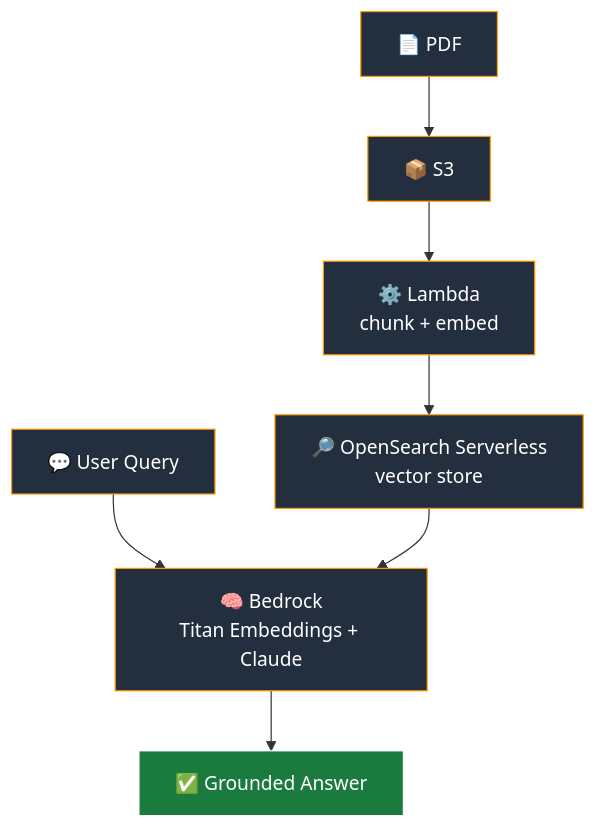
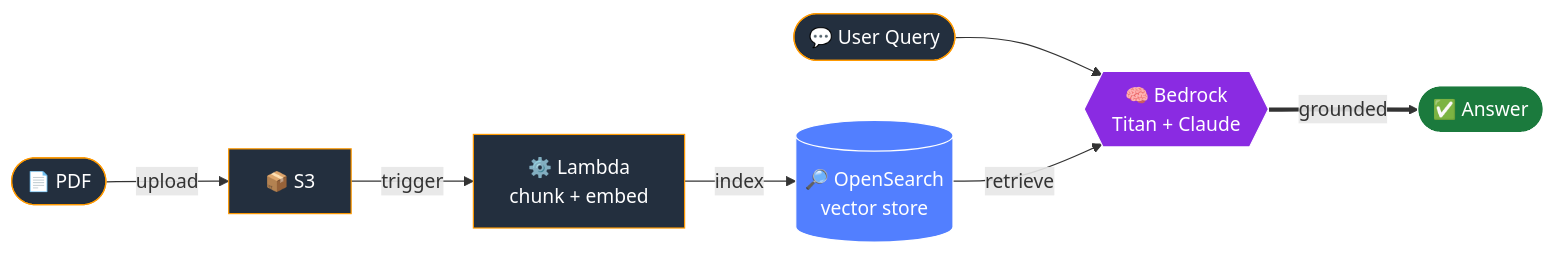
One commit to adityapandita97/adityapandita97.github.io changed the sixth of 6 diagrams in README.md. Above: the diagram before and after it, drawn with Mermaid. The commit also changed other lines of this file, not shown here.

Commit message:
Make project diagrams horizontal + more dynamic (LR flow, edge labels, shaped nodes)

````diff
--- a/README.md
+++ b/README.md
@@ -237,13 +246,16 @@
 ```mermaid
-flowchart TB
-    PDF["📄 PDF"] --> S3["📦 S3"]
-    S3 --> L["⚙️ Lambda<br/>chunk + embed"]
-    L --> OS["🔎 OpenSearch Serverless<br/>vector store"]
-    U["💬 User Query"] --> BR["🧠 Bedrock<br/>Titan Embeddings + Claude"]
-    OS --> BR
-    BR --> ANS["✅ Grounded Answer"]
+flowchart LR
+    PDF(["📄 PDF"]) -->|upload| S3["📦 S3"] -->|trigger| L["⚙️ Lambda<br/>chunk + embed"]
+    L -->|index| OS[("🔎 OpenSearch<br/>vector store")]
+    U(["💬 User Query"]) --> BR
+    OS -->|retrieve| BR{{"🧠 Bedrock<br/>Titan + Claude"}}
+    BR ==>|grounded| ANS(["✅ Answer"])
     classDef svc fill:#232F3E,stroke:#FF9900,color:#fff;
+    classDef db fill:#527FFF,stroke:#fff,color:#fff;
+    classDef ai fill:#8A2BE2,stroke:#fff,color:#fff;
     classDef out fill:#1b7a3d,stroke:#fff,color:#fff;
-    class PDF,S3,L,OS,U,BR svc;
+    class PDF,S3,L,U svc;
+    class OS db;
+    class BR ai;
     class ANS out;
 ```
````
